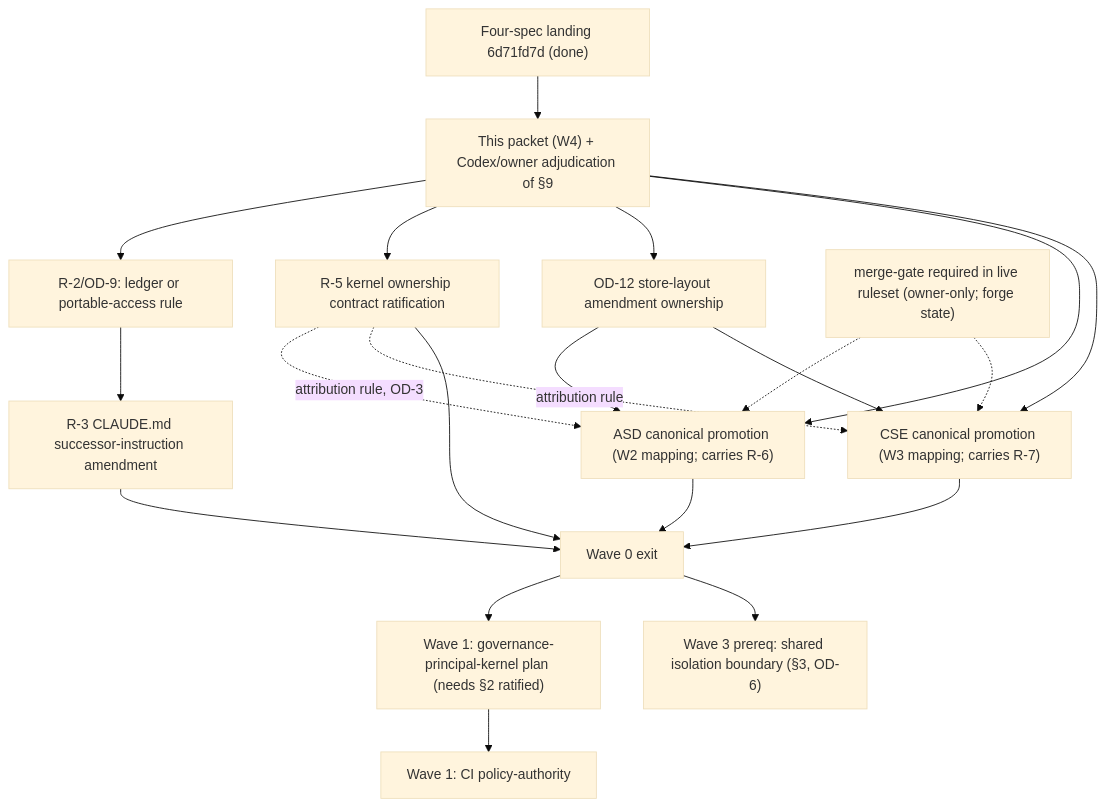
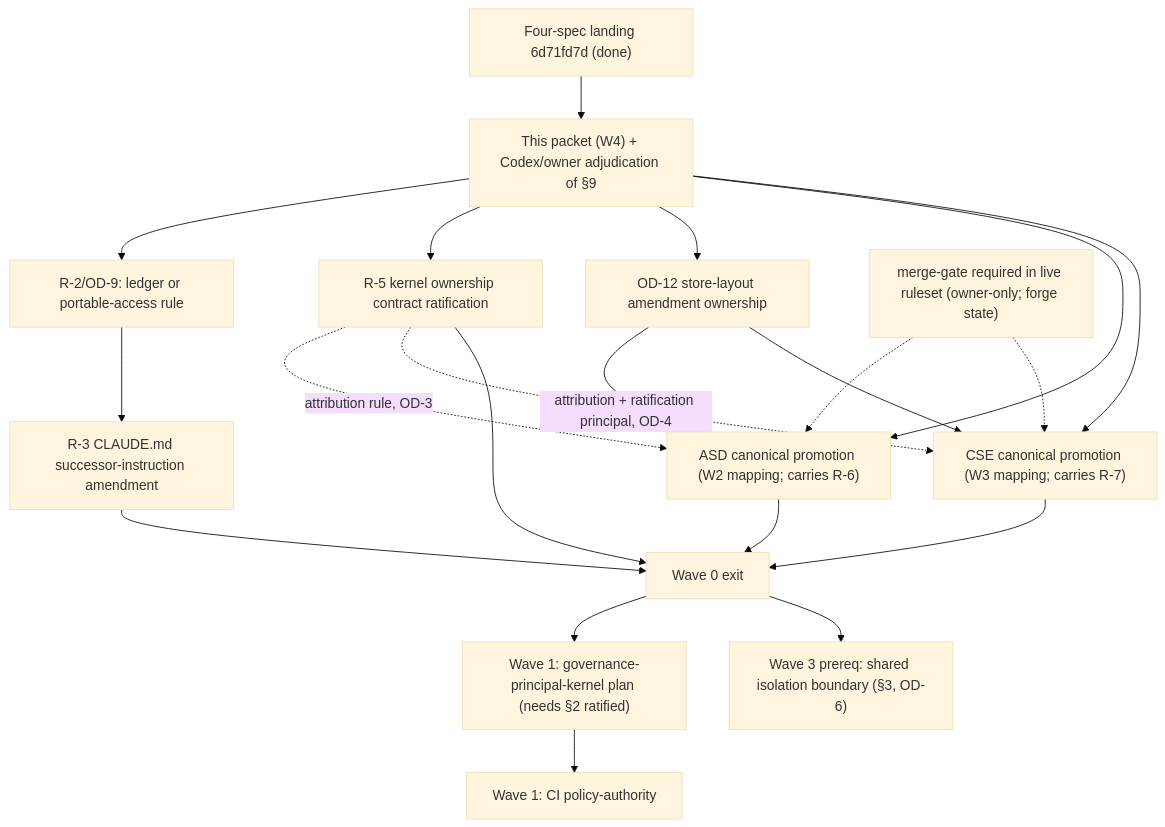
The diagram in docs/superpowers/plans/2026-08-03-cross-feature-authority-audit.md (jyang234/verdi), drawn with Mermaid (base theme) before and after one commit. The commit also changed other lines of this file, not shown here.

Commit message:
Sequence CSE promotion on OD-4, not ASD's OD-3

````diff
--- a/docs/superpowers/plans/2026-08-03-cross-feature-authority-audit.md
+++ b/docs/superpowers/plans/2026-08-03-cross-feature-authority-audit.md
@@ -929,23 +929,23 @@
 ```mermaid
 graph TD
   BASE["Four-spec landing 6d71fd7d (done)"] --> W4["This packet (W4) + Codex/owner adjudication of §9"]
   W4 --> LEDGER["R-2/OD-9: ledger or portable-access rule"]
   W4 --> KERN["R-5 kernel ownership contract ratification"]
   W4 --> STORE["OD-12 store-layout amendment ownership"]
   LEDGER --> INSTR["R-3 CLAUDE.md successor-instruction amendment"]
   W4 --> ASDP["ASD canonical promotion (W2 mapping; carries R-6)"]
   W4 --> CSEP["CSE canonical promotion (W3 mapping; carries R-7)"]
   KERN -.->|attribution rule, OD-3| ASDP
-  KERN -.->|attribution rule| CSEP
+  KERN -.->|attribution + ratification principal, OD-4| CSEP
   STORE --> ASDP
   STORE --> CSEP
   GATE["merge-gate required in live ruleset (owner-only; forge state)"] -.-> ASDP
   GATE -.-> CSEP
   ASDP --> EXIT["Wave 0 exit"]
   CSEP --> EXIT
   KERN --> EXIT
   INSTR --> EXIT
   EXIT --> KPLAN["Wave 1: governance-principal-kernel plan (needs §2 ratified)"]
   EXIT --> ISO["Wave 3 prereq: shared isolation boundary (§3, OD-6)"]
   KPLAN --> PA["Wave 1: CI policy-authority"]
 ```
````
